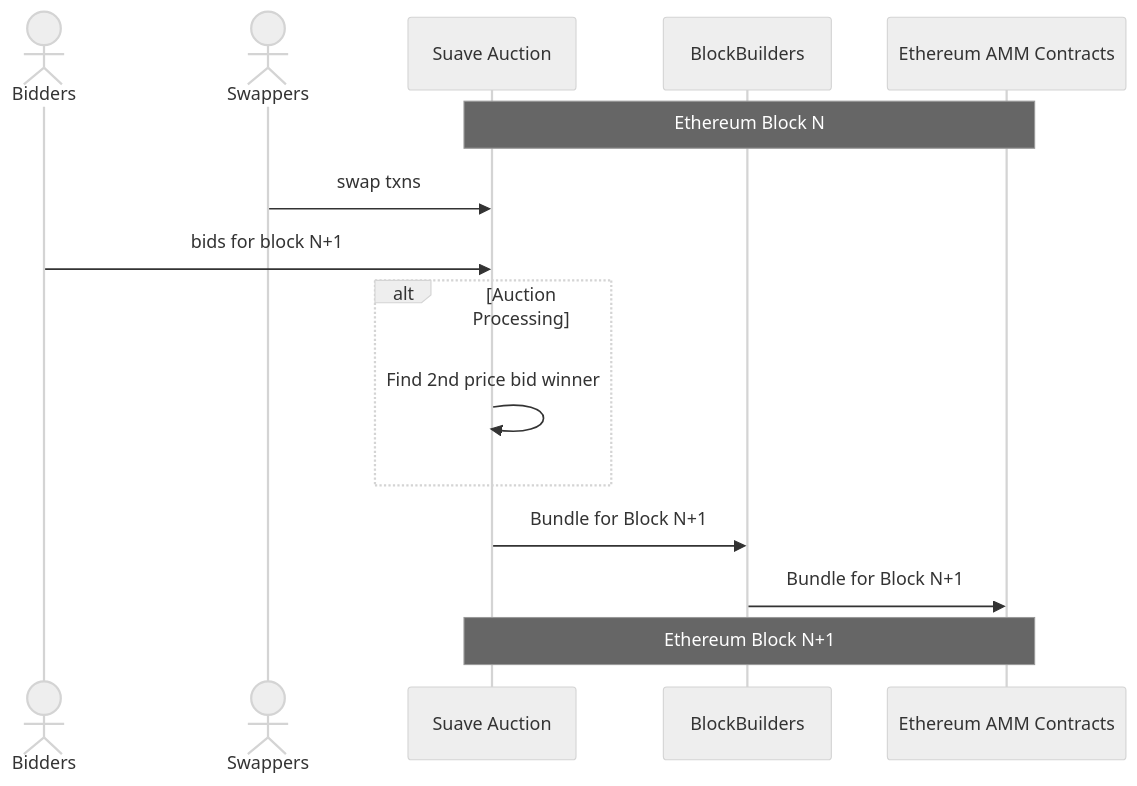
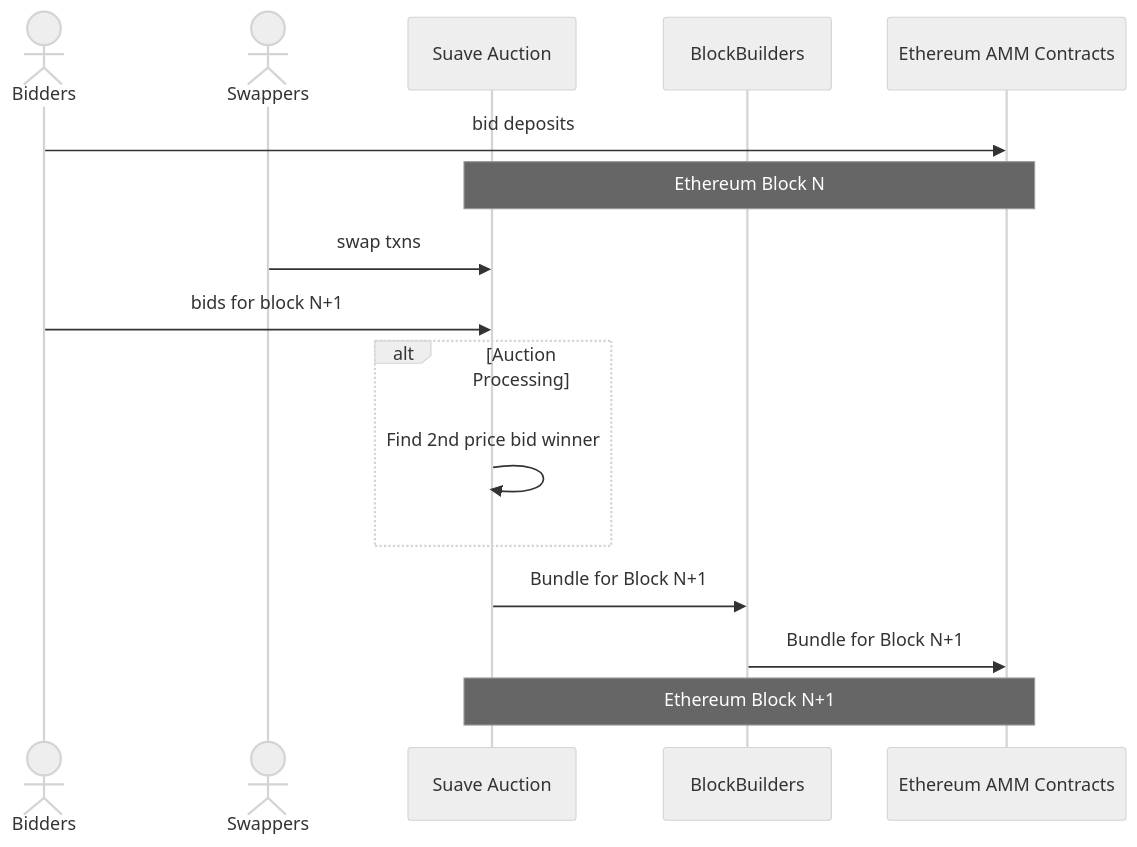
The diagram in README.md (Lilyjjo/tldr-research), drawn with Mermaid (neutral theme) before and after one commit.

````diff
--- a/README.md
+++ b/README.md
@@ -19,17 +19,18 @@
 ```mermaid
 sequenceDiagram
     actor Bidders
     actor Swappers
     participant Suave Auction
     participant BlockBuilders
     participant Ethereum AMM Contracts
+    Bidders->>Ethereum AMM Contracts: bid deposits
     Note over Suave Auction,Ethereum AMM Contracts : Ethereum Block N
     Swappers->>Suave Auction: swap txns
     Bidders->>Suave Auction: bids for block N+1
     alt Auction Processing
         Suave Auction->>Suave Auction: Find 2nd price bid winner
     end
     Suave Auction->>BlockBuilders: Bundle for Block N+1
     BlockBuilders->>Ethereum AMM Contracts: Bundle for Block N+1 
     Note over Suave Auction,Ethereum AMM Contracts : Ethereum Block N+1
 ```
````
